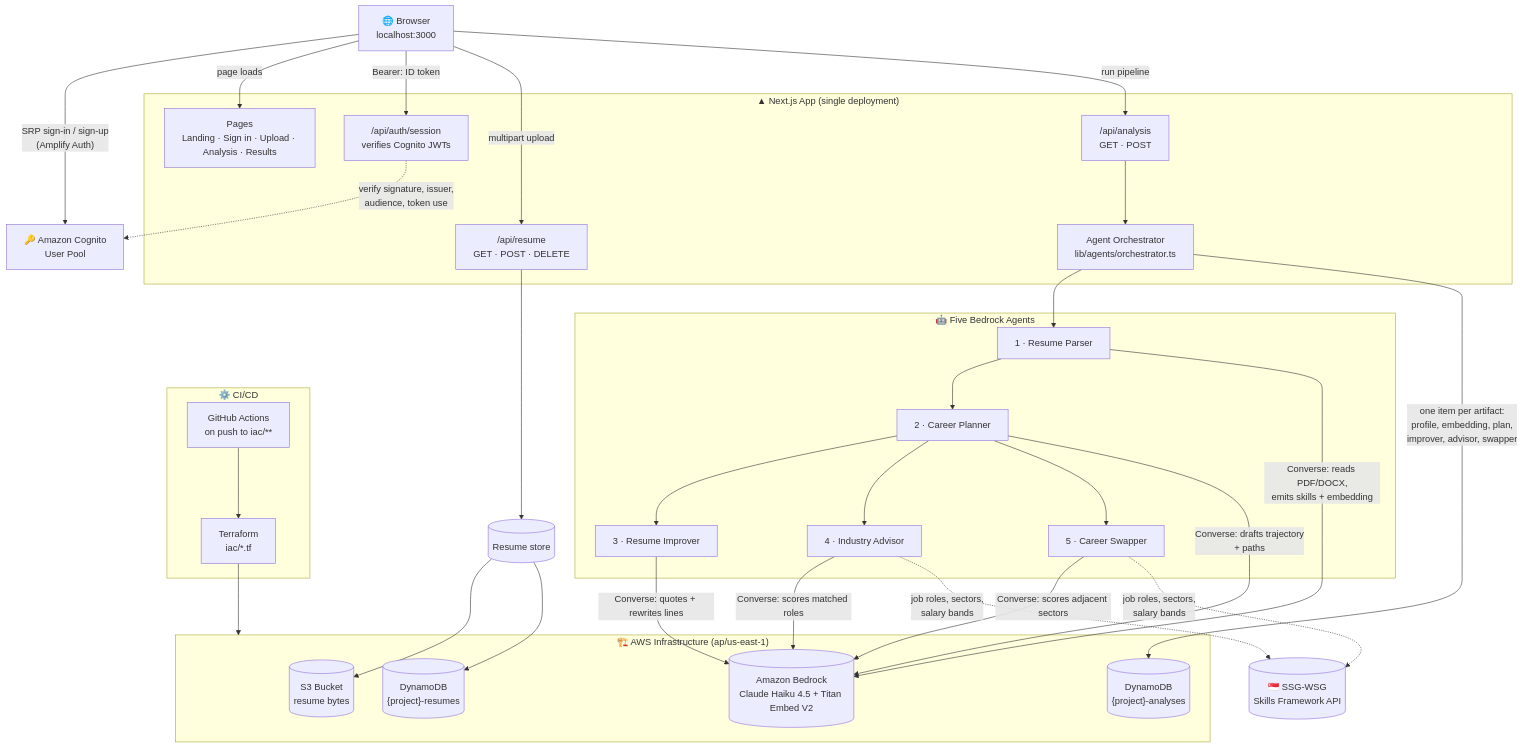
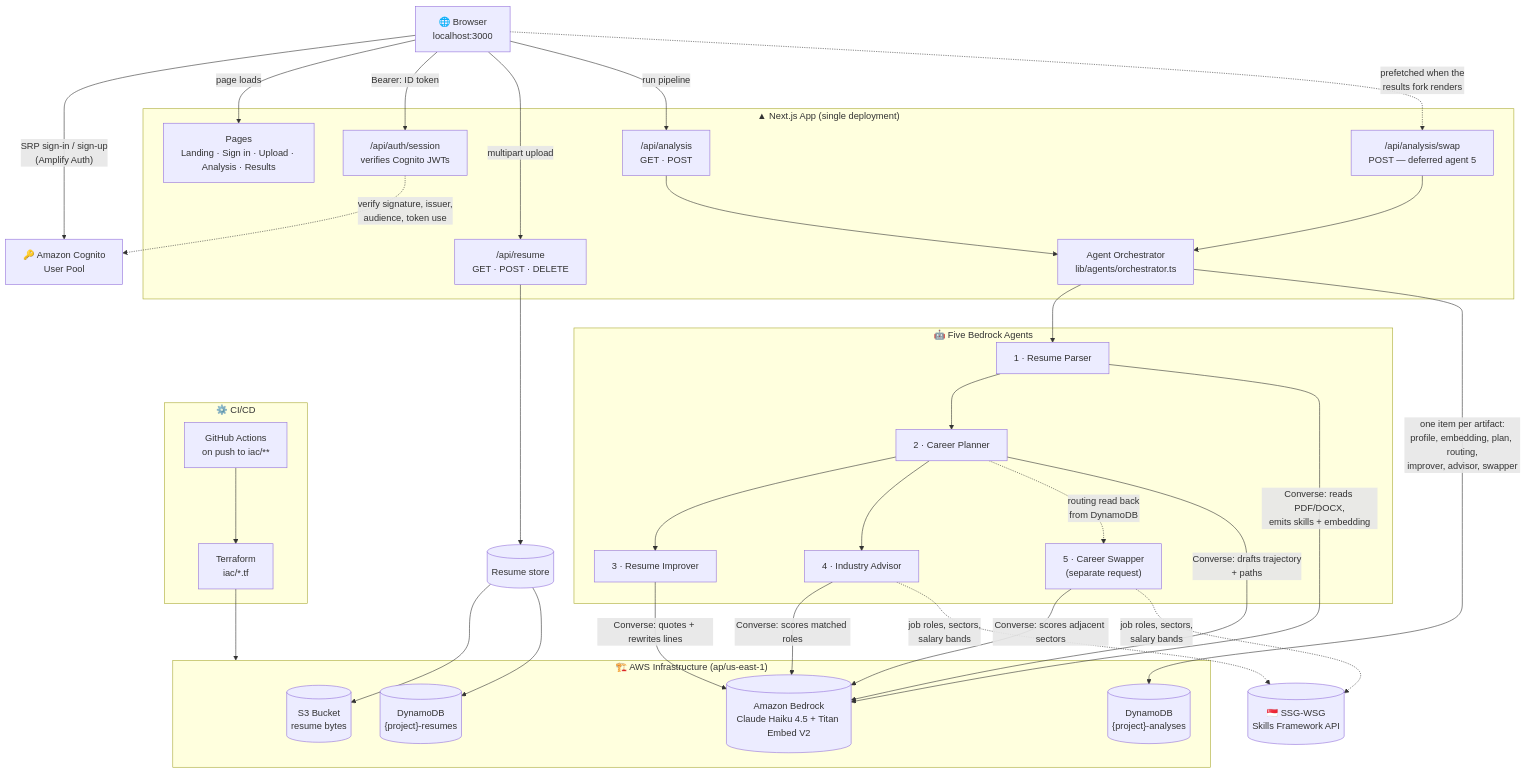
The first of 4 diagrams in README.md (oreoolis/meong-MyWay), drawn with Mermaid before and after one commit. The commit also changed other lines of this file and 36 other files, not shown here.

````diff
--- a/README.md
+++ b/README.md
@@ -93,60 +93,64 @@
 ```mermaid
 graph TD
     Browser["🌐 Browser<br/>localhost:3000"]
     KC["🔑 Amazon Cognito<br/>User Pool"]
 
     subgraph next["▲ Next.js App (single deployment)"]
         pages["Pages<br/>Landing · Sign in · Upload · Analysis · Results"]
         apiAuth["/api/auth/session<br/>verifies Cognito JWTs"]
         apiResume["/api/resume<br/>GET · POST · DELETE"]
         apiAnalysis["/api/analysis<br/>GET · POST"]
+        apiSwap["/api/analysis/swap<br/>POST — deferred agent 5"]
         orchestrator["Agent Orchestrator<br/>lib/agents/orchestrator.ts"]
     end
 
     Browser -->|"SRP sign-in / sign-up<br/>(Amplify Auth)"| KC
     Browser -->|page loads| pages
     Browser -->|"Bearer: ID token"| apiAuth
     Browser -->|"multipart upload"| apiResume
     Browser -->|"run pipeline"| apiAnalysis
+    Browser -.->|"prefetched when the<br/>results fork renders"| apiSwap
 
     apiAuth -.->|verify signature, issuer,<br/>audience, token use| KC
     apiResume --> orchestratorStore[("Resume store")]
     apiAnalysis --> orchestrator
+    apiSwap --> orchestrator
 
     subgraph agents["🤖 Five Bedrock Agents"]
         parser["1 · Resume Parser"]
         planner["2 · Career Planner"]
         improver["3 · Resume Improver"]
         advisor["4 · Industry Advisor"]
-        swapper["5 · Career Swapper"]
+        swapper["5 · Career Swapper<br/>(separate request)"]
     end
 
     orchestrator --> parser
     parser --> planner
-    planner --> improver & advisor & swapper
+    planner --> improver & advisor
+    planner -.->|"routing read back<br/>from DynamoDB"| swapper
 
     subgraph aws["🏗️ AWS Infrastructure (ap/us-east-1)"]
         bedrock[("Amazon Bedrock<br/>Claude Haiku 4.5 + Titan Embed V2")]
         s3[("S3 Bucket<br/>resume bytes")]
         ddbResumes[("DynamoDB<br/>{project}-resumes")]
         ddbAnalyses[("DynamoDB<br/>{project}-analyses")]
     end
 
     parser -->|Converse: reads PDF/DOCX,<br/>emits skills + embedding| bedrock
     planner -->|Converse: drafts trajectory<br/>+ paths| bedrock
     improver -->|Converse: quotes + rewrites lines| bedrock
     advisor -->|Converse: scores matched roles| bedrock
     swapper -->|Converse: scores adjacent sectors| bedrock
 
     orchestratorStore --> s3 & ddbResumes
-    orchestrator -->|"one item per artifact:<br/>profile, embedding, plan,<br/>improver, advisor, swapper"| ddbAnalyses
+    orchestrator -->|"one item per artifact:<br/>profile, embedding, plan, routing,<br/>improver, advisor, swapper"| ddbAnalyses
 
     advisor -.->|"job roles, sectors,<br/>salary bands"| ssg[("🇸🇬 SSG-WSG<br/>Skills Framework API")]
     swapper -.->|"job roles, sectors,<br/>salary bands"| ssg
 
     subgraph deploy["⚙️ CI/CD"]
         gha["GitHub Actions<br/>on push to iac/**"]
         tf["Terraform<br/>iac/*.tf"]
     end
     gha --> tf --> aws
 ```
````
